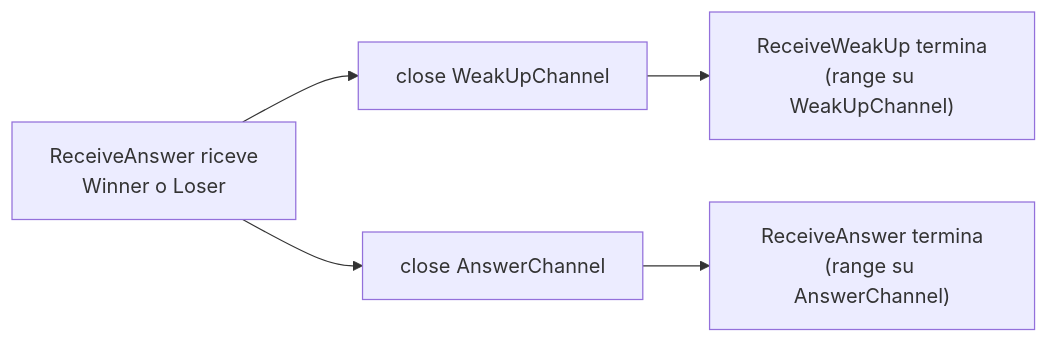
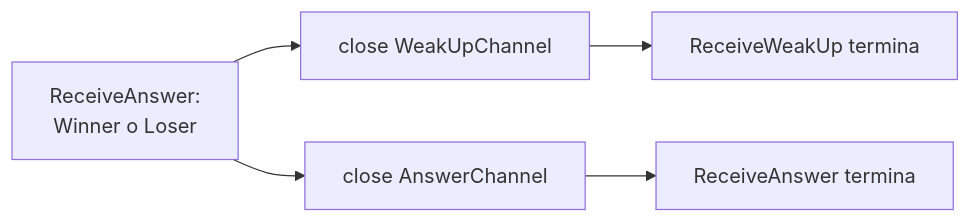
The fifth of 5 diagrams in guess-number/doc/report.md (JBmanu/PCD-03), drawn with Mermaid before and after one commit. The commit also changed other lines of this file, not shown here.

````diff
--- a/guess-number/doc/report.md
+++ b/guess-number/doc/report.md
@@ -198,7 +151,7 @@
 ```mermaid
 flowchart LR
-    A["ReceiveAnswer riceve\nWinner o Loser"] --> B["close WeakUpChannel"]
+    A["ReceiveAnswer:\nWinner o Loser"] --> B["close WeakUpChannel"]
     A --> C["close AnswerChannel"]
-    B --> D["ReceiveWeakUp termina\n(range su WeakUpChannel)"]
-    C --> E["ReceiveAnswer termina\n(range su AnswerChannel)"]
+    B --> D["ReceiveWeakUp termina"]
+    C --> E["ReceiveAnswer termina"]
 ```
````
